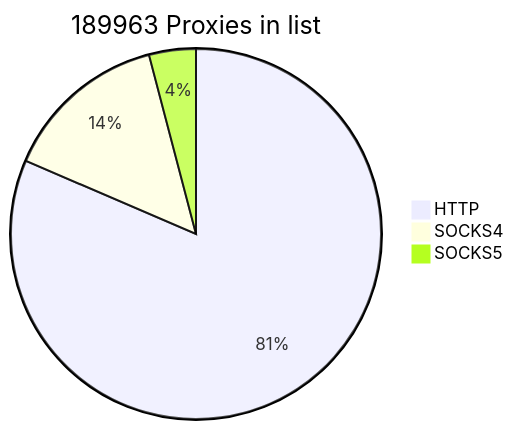
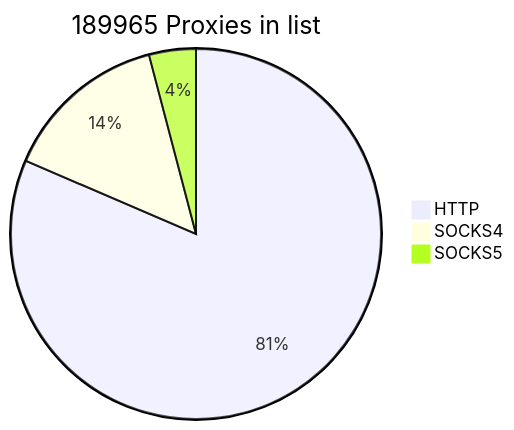
One commit to cutipu/proxylist changed the first of 2 diagrams in README.md. Above: the diagram before and after it, drawn with Mermaid. The commit also changed other lines of this file, not shown here.

````diff
--- a/README.md
+++ b/README.md
@@ -2,7 +2,7 @@
 ```mermaid
-pie title 189963 Proxies in list
-    "HTTP" : 154748
+pie title 189965 Proxies in list
+    "HTTP" : 154749
     "SOCKS4" : 27452
-    "SOCKS5" : 7763
+    "SOCKS5" : 7764
             
 ```
````
